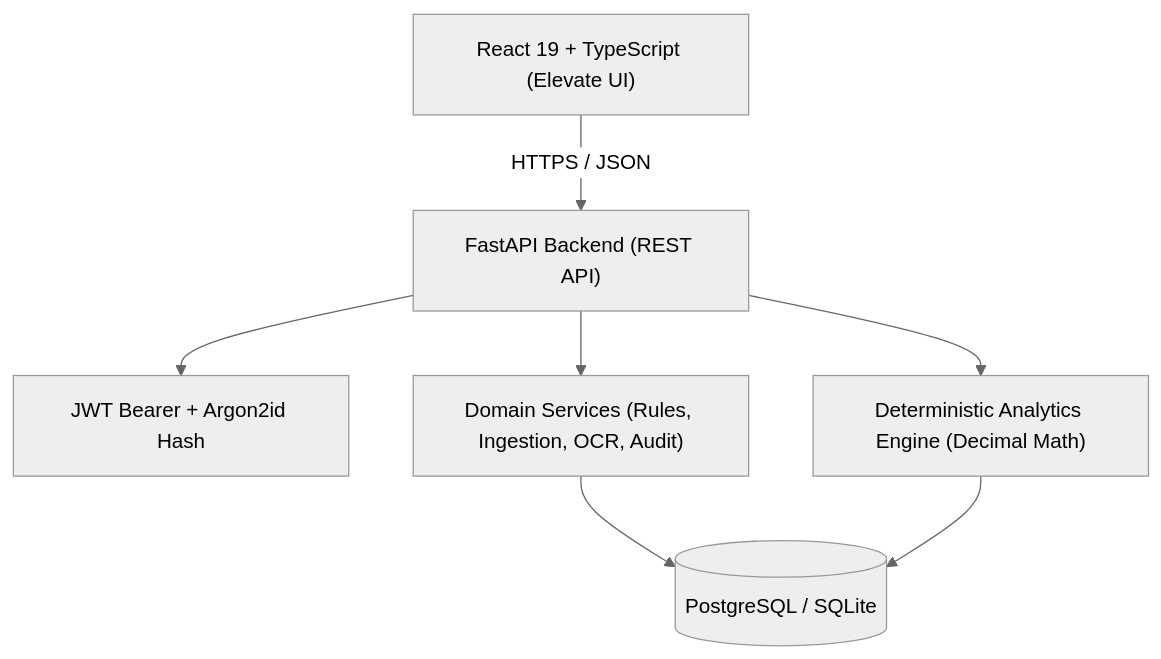
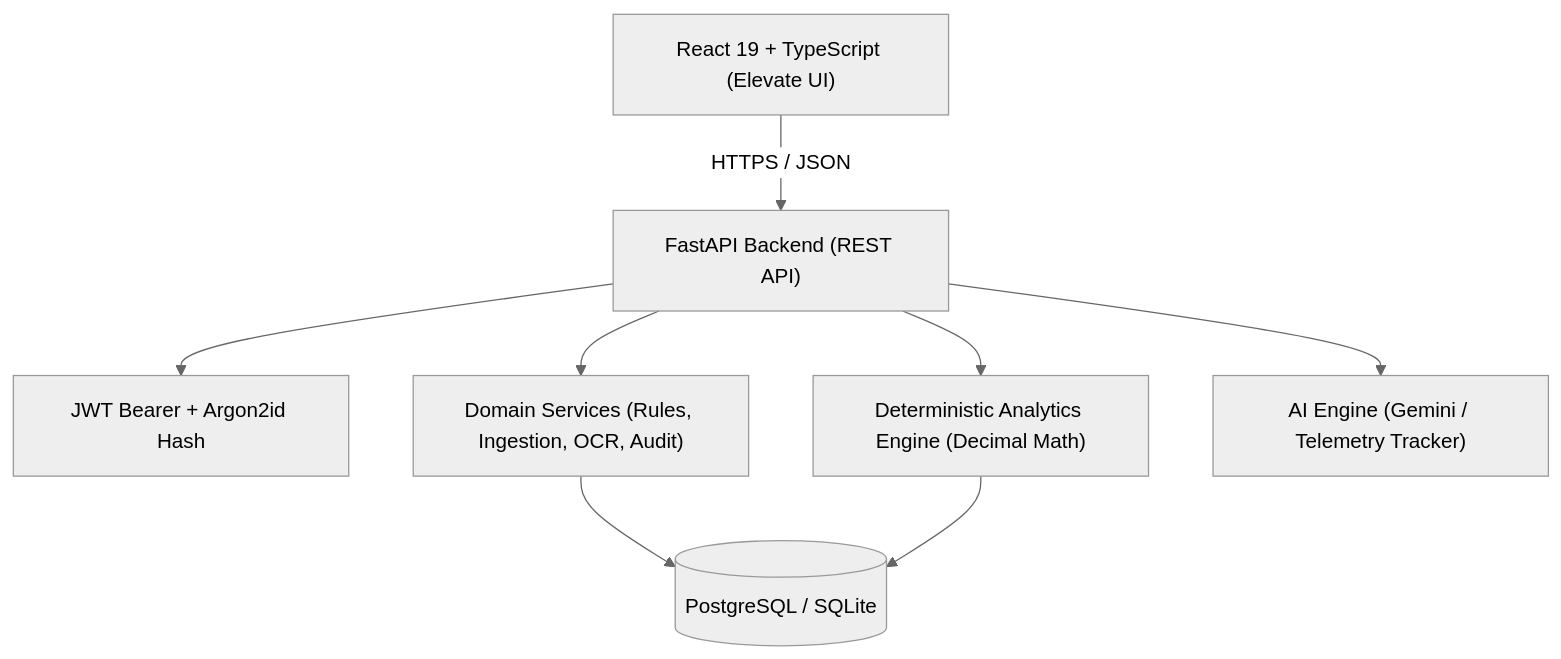
Before and after one commit to aggisanjay/Ai-Powered-Personal-Finance-Platform: the second of 2 diagrams in README.md, drawn with Mermaid (neutral theme). The commit also changed other lines of this file, not shown here.

Commit message:
docs: update README with Google Gemini AI architecture and telemetry documentation

````diff
--- a/README.md
+++ b/README.md
@@ -64,16 +104,18 @@
 ```mermaid
 graph TD
     Client["React 19 + TypeScript (Elevate UI)"]
     API["FastAPI Backend (REST API)"]
     Auth["JWT Bearer + Argon2id Hash"]
     Services["Domain Services (Rules, Ingestion, OCR, Audit)"]
     Calc["Deterministic Analytics Engine (Decimal Math)"]
+    LLM["AI Engine (Gemini / Telemetry Tracker)"]
     DB[(PostgreSQL / SQLite)]
 
     Client -->|HTTPS / JSON| API
     API --> Auth
     API --> Services
     API --> Calc
+    API --> LLM
     Services --> DB
     Calc --> DB
 ```
````
